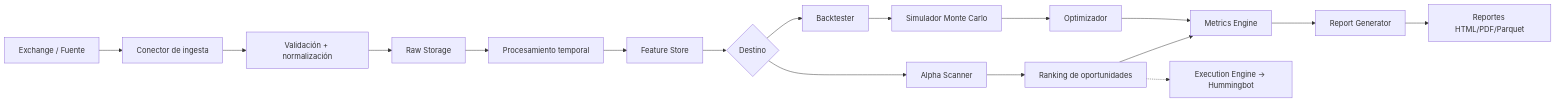
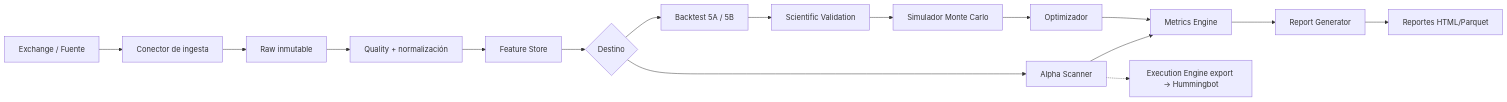
Before and after one commit to ssciarratta/QuantLab: the second of 9 diagrams in docs/Diagrama.md, drawn with Mermaid. The commit also changed other lines of this file and 171 other files, not shown here.

````diff
--- a/docs/Diagrama.md
+++ b/docs/Diagrama.md
@@ -75,18 +85,17 @@
 ```mermaid
 flowchart LR
     A[Exchange / Fuente] --> B[Conector de ingesta]
-    B --> C[Validación + normalización]
-    C --> D[Raw Storage]
-    D --> E[Procesamiento temporal]
-    E --> F[Feature Store]
-    F --> G{Destino}
-    G --> H[Alpha Scanner]
-    G --> I[Backtester]
-    H --> J[Ranking de oportunidades]
-    I --> K[Simulador Monte Carlo]
-    K --> L[Optimizador]
-    J & L --> M[Metrics Engine]
-    M --> N[Report Generator]
-    N --> O[Reportes HTML/PDF/Parquet]
-    J -.-> P[Execution Engine → Hummingbot]
+    B --> C[Raw inmutable]
+    C --> D[Quality + normalización]
+    D --> E[Feature Store]
+    E --> F{Destino}
+    F --> G[Alpha Scanner]
+    F --> H[Backtest 5A / 5B]
+    H --> I[Scientific Validation]
+    I --> J[Simulador Monte Carlo]
+    J --> K[Optimizador]
+    G & K --> L[Metrics Engine]
+    L --> M[Report Generator]
+    M --> N[Reportes HTML/Parquet]
+    G -.-> O[Execution Engine export → Hummingbot]
 ```
````
